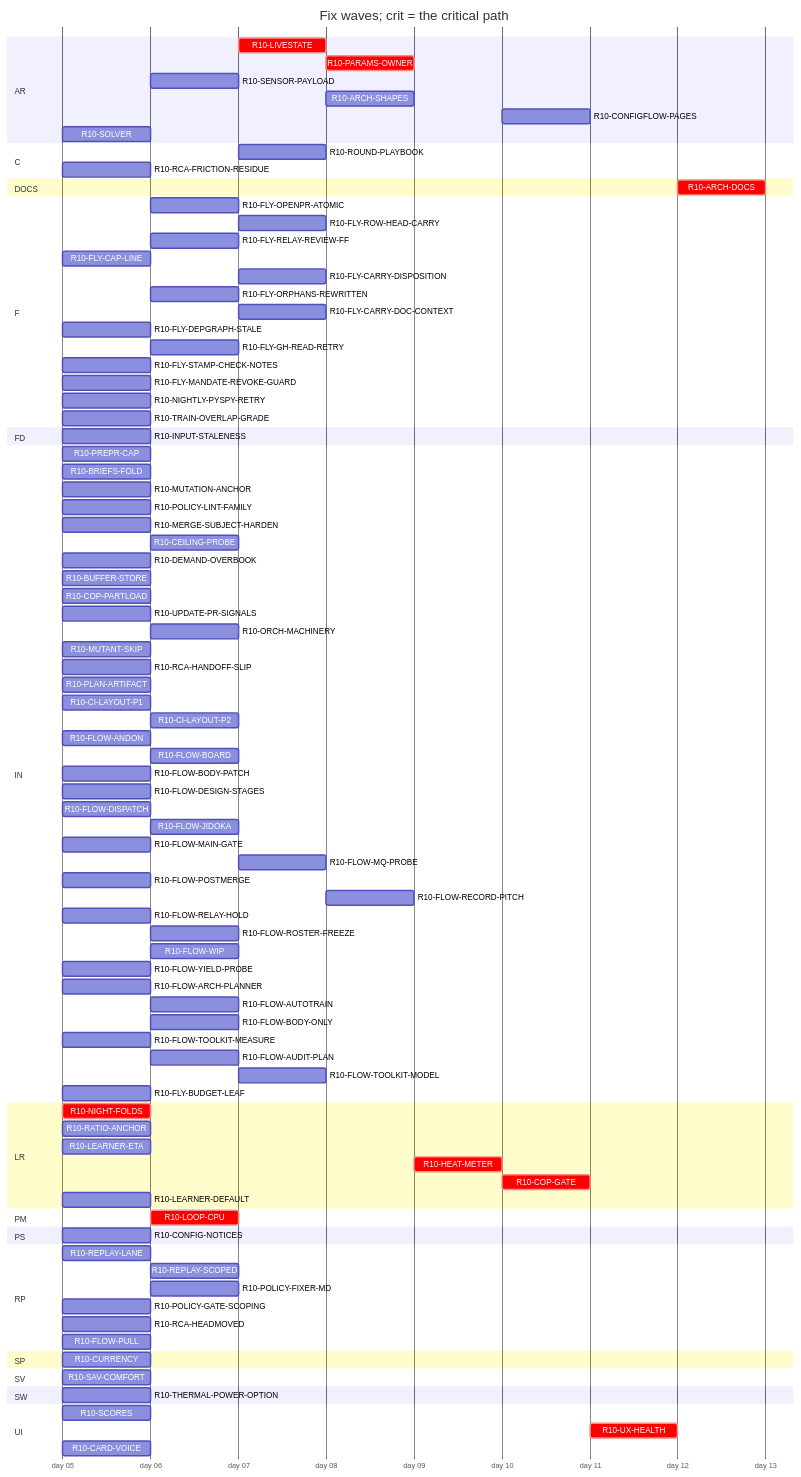
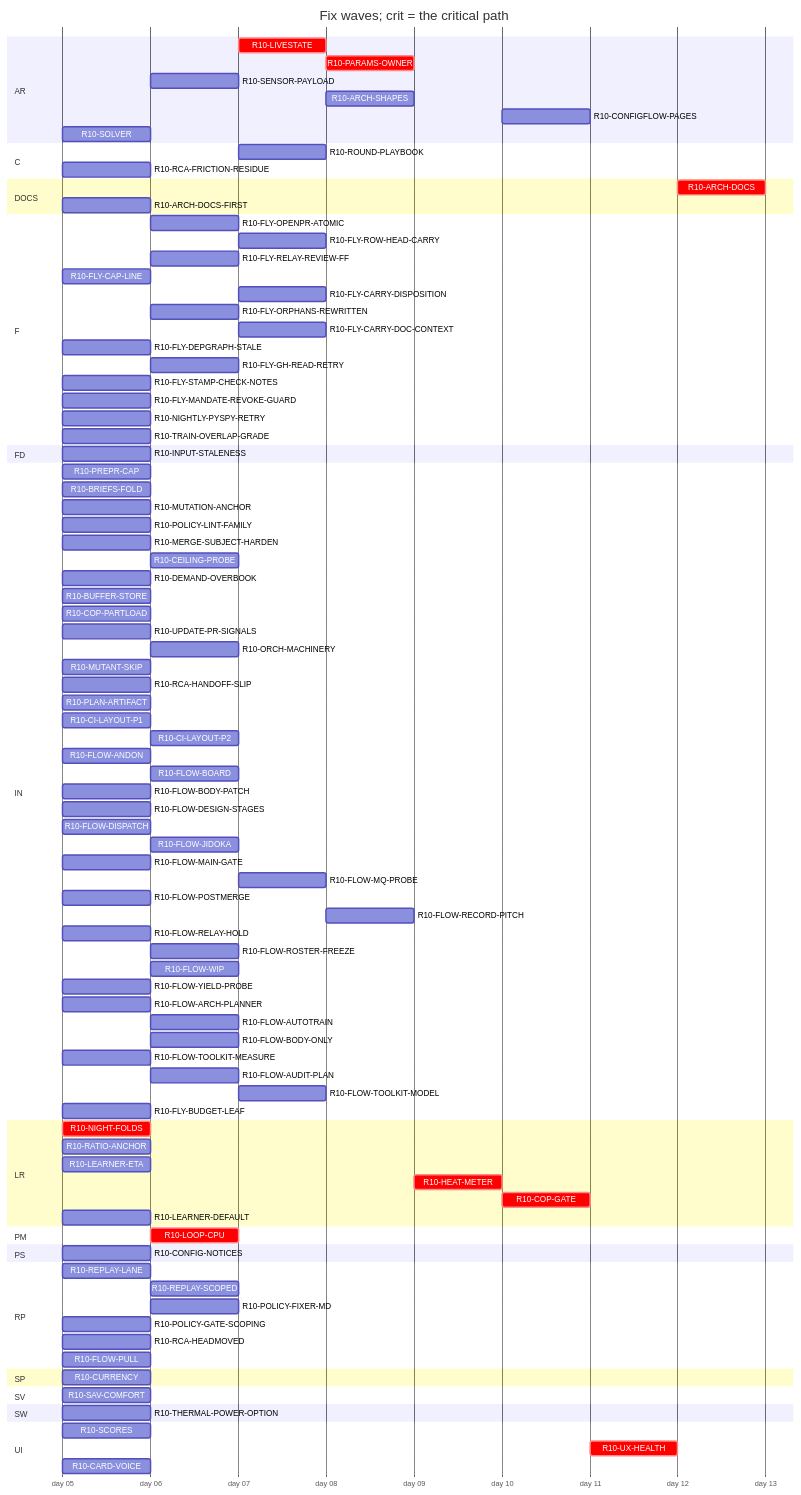
The diagram in handoff/round10/state/PLAN-TABLE.md (tvofi/heatpump_optimizer), drawn with Mermaid before and after one commit. The commit also changed other lines of this file and 2 other files, not shown here.

```diff
--- a/handoff/round10/state/PLAN-TABLE.md
+++ b/handoff/round10/state/PLAN-TABLE.md
@@ -41,6 +41,7 @@
     R10-RCA-FRICTION-RESIDUE :r10RCAFRICTIONRESIDUE, 2026-01-05, 1d
   section DOCS
     R10-ARCH-DOCS :crit, r10ARCHDOCS, after r10NIGHTFOLDS r10RATIOANCHOR r10INPUTSTALENESS r10CURRENCY r10LOOPCPU r10SCORES r10LIVESTATE r10CONFIGNOTICES r10PARAMSOWNER r10SENSORPAYLOAD r10ARCHSHAPES r10LEARNERETA r10HEATMETER r10COPGATE r10UXHEALTH r10CONFIGFLOWPAGES r10SOLVER r10BRIEFSFOLD r10REPLAYLANE r10REPLAYSCOPED, 1d
+    R10-ARCH-DOCS-FIRST :r10ARCHDOCSFIRST, 2026-01-05, 1d
   section F
     R10-FLY-OPENPR-ATOMIC :r10FLYOPENPRATOMIC, after r10UPDATEPRSIGNALS, 1d
     R10-FLY-ROW-HEAD-CARRY :r10FLYROWHEADCARRY, after r10CILAYOUTP2 r10FLYOPENPRATOMIC, 1d
```
